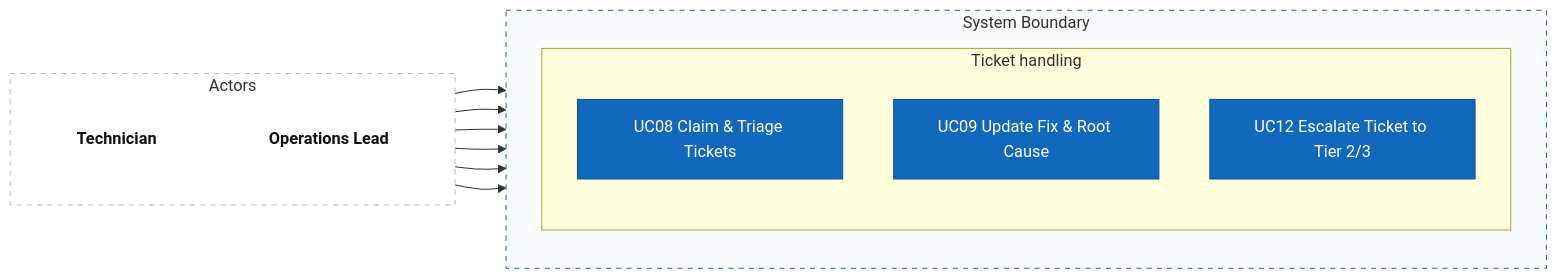
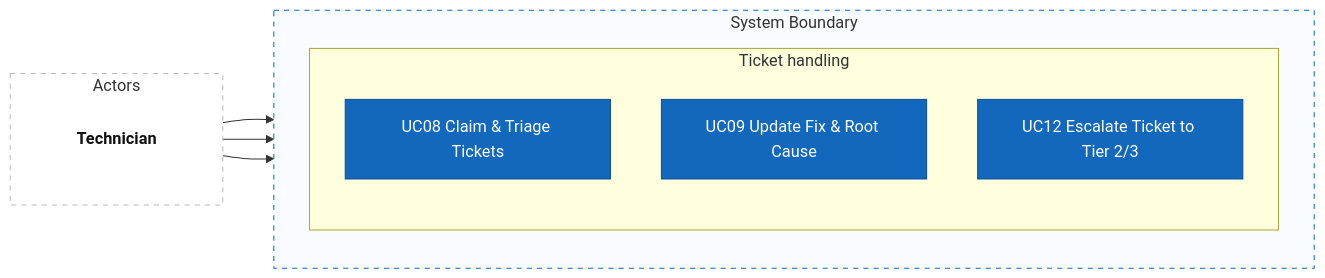
The third of 6 diagrams in README.md (Akaza-ban/Fable), drawn with Mermaid before and after one commit. The commit also changed other lines of this file, not shown here.

````diff
--- a/README.md
+++ b/README.md
@@ -119,28 +129,26 @@
 ```mermaid
 flowchart LR
     subgraph left["Actors"]
         direction TB
         tech["<b>Technician</b>"]
-        lead["<b>Operations Lead</b>"]
     end
 
     subgraph system["System Boundary"]
         direction TB
         subgraph handling["Ticket handling"]
             direction TB
             uc08["UC08 Claim & Triage Tickets"]
             uc09["UC09 Update Fix & Root Cause"]
             uc12["UC12 Escalate Ticket to Tier 2/3"]
         end
     end
 
     tech --> uc08 & uc09 & uc12
-    lead --> uc08 & uc09 & uc12
 
     classDef actor fill:none,stroke:none,color:#111
     classDef usecase fill:#1168bd,color:#fff,stroke:#0b4f9e
-    class tech,lead actor
+    class tech actor
     class uc08,uc09,uc12 usecase
     style left fill:#fff,stroke:#bbb,stroke-dasharray:5 5
     style system fill:#f8fbff,stroke:#1168bd,stroke-dasharray:5 5
 ```
````
